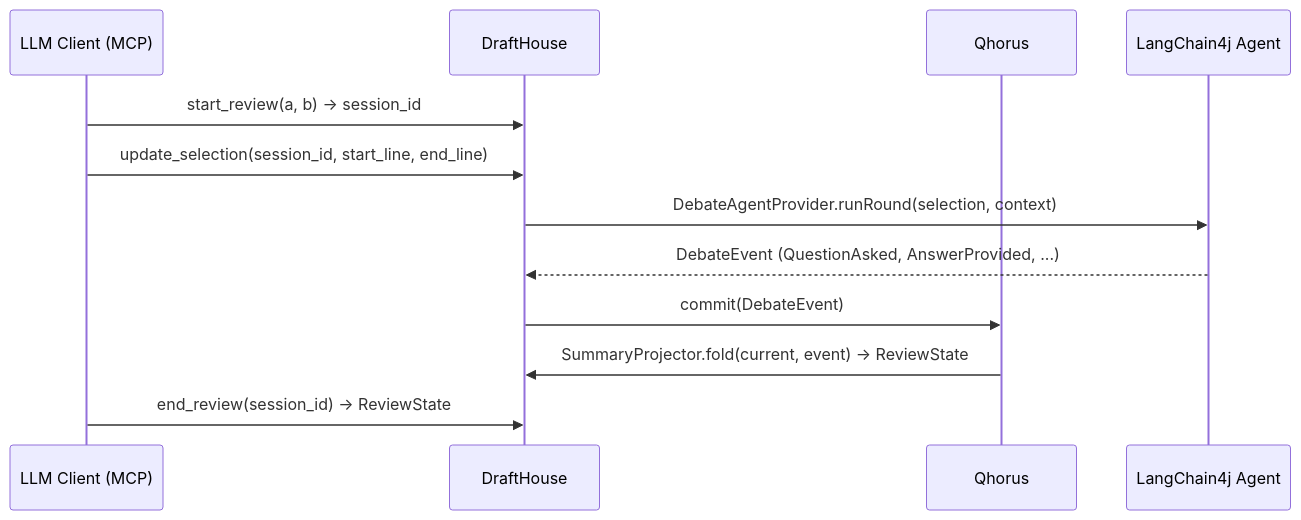
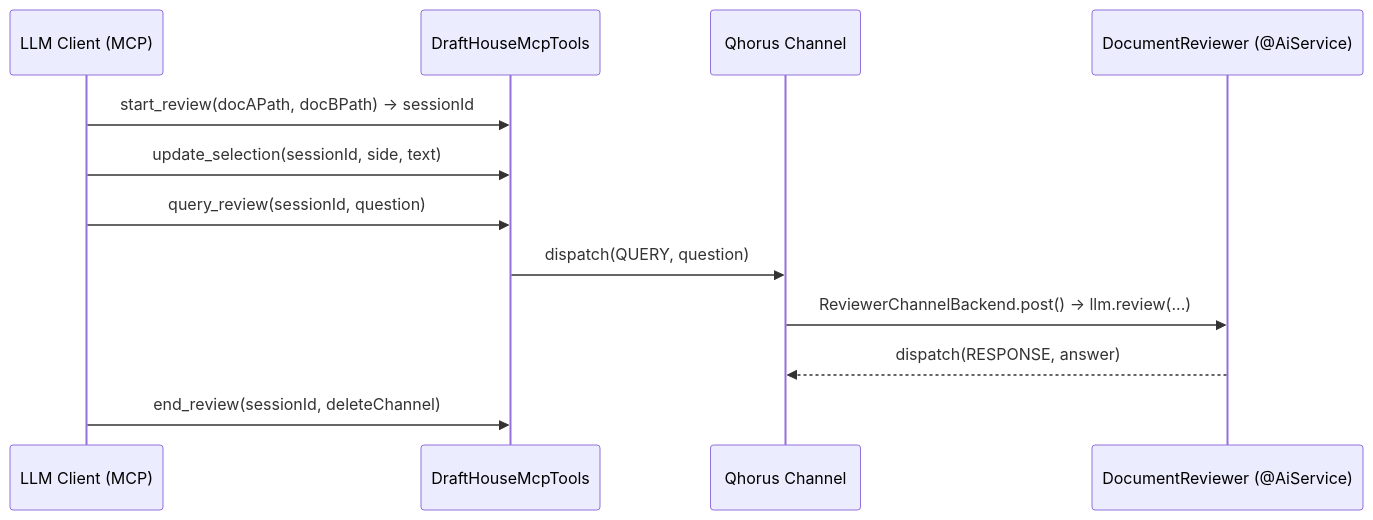
Before and after one commit to mdproctor/drafthouse: the fourth of 5 diagrams in ARC42STORIES.MD, drawn with Mermaid. The commit also changed other lines of this file and 1 other file, not shown here.

Commit message:
docs: sync CLAUDE.md and ARC42STORIES.MD to #24 close
- CLAUDE.md: replace 501 critique stub with MCP tools in architecture diagram; add DraftHouseMcpTools to Key Directories
- ARC42STORIES.MD: mark Chapter 4 complete, add query_review to tool lists, update scenario 2 sequence diagram, clear stale 'pending' references
- Peer repo (casehubio/parent) issue filed for PLATFORM.md + APPLICATIONS.md: parent#169

Refs #24

````diff
--- a/ARC42STORIES.MD
+++ b/ARC42STORIES.MD
@@ -193,15 +193,15 @@
 ```mermaid
 sequenceDiagram
   participant L as LLM Client (MCP)
-  participant D as DraftHouse
-  participant Q as Qhorus
-  participant A as LangChain4j Agent
+  participant D as DraftHouseMcpTools
+  participant Q as Qhorus Channel
+  participant A as DocumentReviewer (@AiService)
 
-  L->>D: start_review(a, b) → session_id
-  L->>D: update_selection(session_id, start_line, end_line)
-  D->>A: DebateAgentProvider.runRound(selection, context)
-  A-->>D: DebateEvent (QuestionAsked, AnswerProvided, ...)
-  D->>Q: commit(DebateEvent)
-  Q->>D: SummaryProjector.fold(current, event) → ReviewState
-  L->>D: end_review(session_id) → ReviewState
+  L->>D: start_review(docAPath, docBPath) → sessionId
+  L->>D: update_selection(sessionId, side, text)
+  L->>D: query_review(sessionId, question)
+  D->>Q: dispatch(QUERY, question)
+  Q->>A: ReviewerChannelBackend.post() → llm.review(...)
+  A-->>Q: dispatch(RESPONSE, answer)
+  L->>D: end_review(sessionId, deleteChannel)
 ```
````
